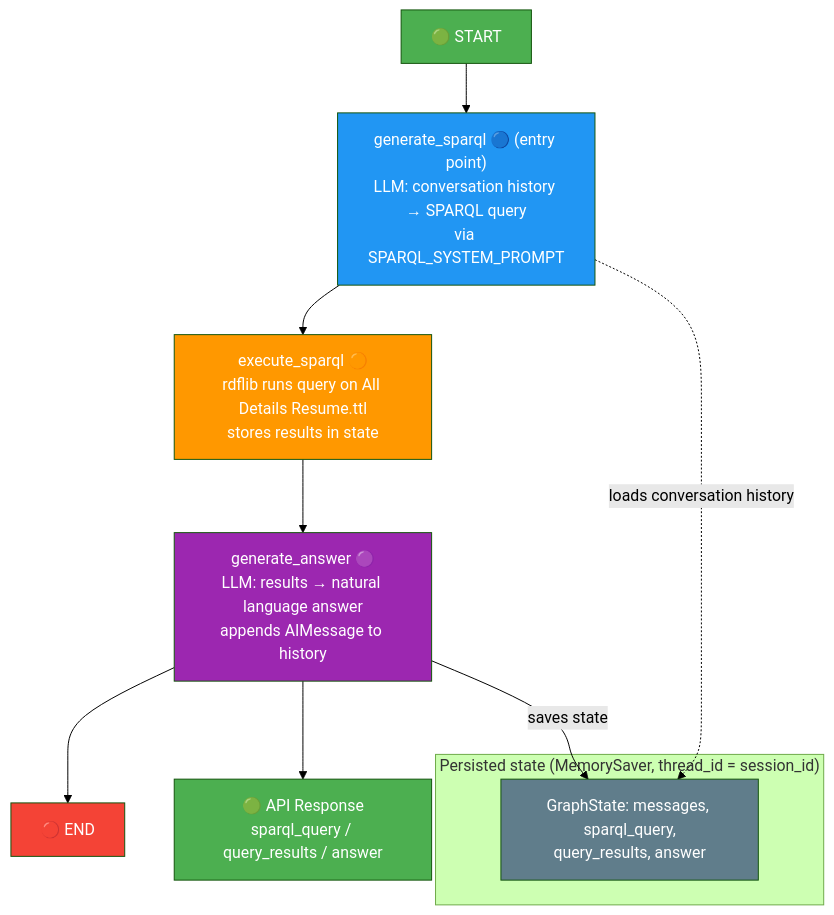
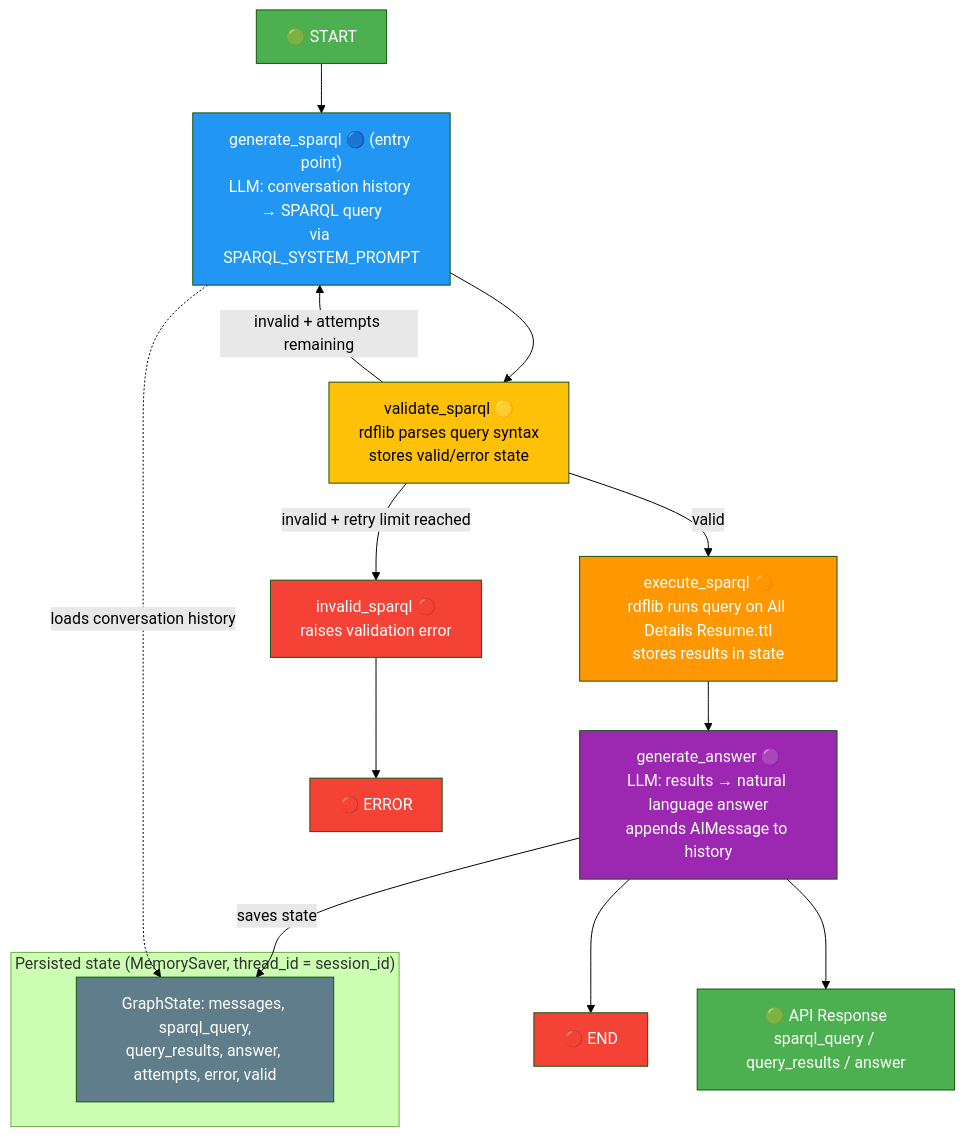
Before and after one commit to dooa-ansari/personal-knowledge-graph-LLM: the second of 2 diagrams in README.md, drawn with Mermaid (forest theme). The commit also changed other lines of this file, not shown here.

Commit message:
enhancement(readme): mermaid diagram updated

````diff
--- a/README.md
+++ b/README.md
@@ -224,23 +224,30 @@
 ```mermaid
 flowchart TD
     StartNode["🟢 START"] --> SparqlNode["generate_sparql 🔵 (entry point)<br/>LLM: conversation history → SPARQL query<br/>via SPARQL_SYSTEM_PROMPT"]
-    SparqlNode --> ExecNode["execute_sparql 🟠<br/>rdflib runs query on All Details Resume.ttl<br/>stores results in state"]
+    SparqlNode --> ValidateNode["validate_sparql 🟡<br/>rdflib parses query syntax<br/>stores valid/error state"]
+    ValidateNode -->|"valid"| ExecNode["execute_sparql 🟠<br/>rdflib runs query on All Details Resume.ttl<br/>stores results in state"]
+    ValidateNode -->|"invalid + attempts remaining"| SparqlNode
+    ValidateNode -->|"invalid + retry limit reached"| InvalidNode["invalid_sparql 🔴<br/>raises validation error"]
     ExecNode --> AnsNode["generate_answer 🟣<br/>LLM: results → natural language answer<br/>appends AIMessage to history"]
     AnsNode --> EndNode["🔴 END"]
+    InvalidNode --> ErrorEnd["🔴 ERROR"]
     AnsNode --> RespNode["🟢 API Response<br/>sparql_query / query_results / answer"]
 
     subgraph Memory["Persisted state (MemorySaver, thread_id = session_id)"]
-        StateNode["GraphState: messages, sparql_query,<br/>query_results, answer"]
+        StateNode["GraphState: messages, sparql_query,<br/>query_results, answer, attempts, error, valid"]
     end
 
     AnsNode -->|"saves state"| StateNode
     SparqlNode -.->|"loads conversation history"| StateNode
 
     style StartNode fill:#4CAF50,color:#fff
     style SparqlNode fill:#2196F3,color:#fff
+    style ValidateNode fill:#FFC107,color:#000
     style ExecNode fill:#FF9800,color:#fff
     style AnsNode fill:#9C27B0,color:#fff
     style EndNode fill:#F44336,color:#fff
+    style InvalidNode fill:#F44336,color:#fff
+    style ErrorEnd fill:#F44336,color:#fff
     style StateNode fill:#607D8B,color:#fff
     style RespNode fill:#4CAF50,color:#fff
 ```
````
